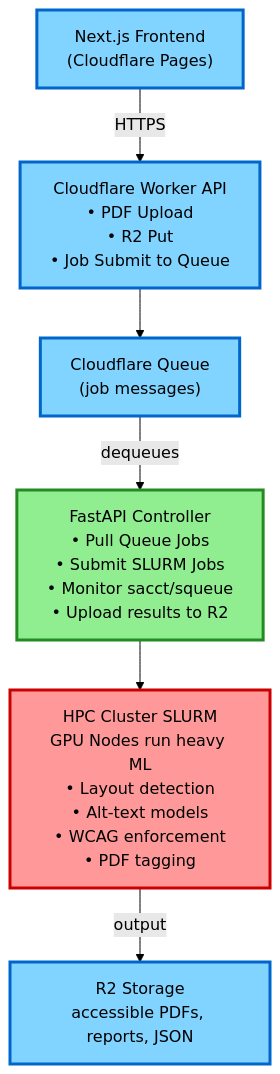
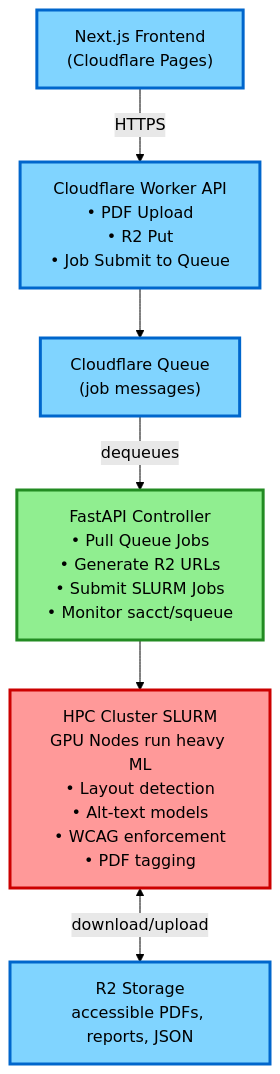
One commit to ucdavis/accessible-pdf-rocky changed the first of 2 diagrams in docs/ARCHITECTURE.md. Above: the diagram before and after it, drawn with Mermaid (forest theme). The commit also changed other lines of this file and 7 other files, not shown here.

First line of the commit message:
Changed: Revamps HPC job submission with R2 presigned URLs

````diff
--- a/docs/ARCHITECTURE.md
+++ b/docs/ARCHITECTURE.md
@@ -60,21 +60,21 @@
 ```mermaid
 flowchart TD
     Frontend["Next.js Frontend<br/>(Cloudflare Pages)"] -->|HTTPS| Workers
     
     Workers["Cloudflare Worker API<br/>• PDF Upload<br/>• R2 Put<br/>• Job Submit to Queue"] --> Queue
     
     Queue["Cloudflare Queue<br/>(job messages)"] -->|dequeues| Controller
     
-    Controller["FastAPI Controller<br/>• Pull Queue Jobs<br/>• Submit SLURM Jobs<br/>• Monitor sacct/squeue<br/>• Upload results to R2"] --> HPC
+    Controller["FastAPI Controller<br/>• Pull Queue Jobs<br/>• Generate R2 URLs<br/>• Submit SLURM Jobs<br/>• Monitor sacct/squeue"] --> HPC
     
-    HPC["HPC Cluster SLURM<br/>GPU Nodes run heavy ML<br/>• Layout detection<br/>• Alt-text models<br/>• WCAG enforcement<br/>• PDF tagging"] -->|output| R2
+    HPC["HPC Cluster SLURM<br/>GPU Nodes run heavy ML<br/>• Layout detection<br/>• Alt-text models<br/>• WCAG enforcement<br/>• PDF tagging"] <-->|download/upload| R2
     
     R2["R2 Storage<br/>accessible PDFs, reports, JSON"]
     
     style Frontend fill:#80d4ff,stroke:#0066cc,stroke-width:3px,color:#000
     style Workers fill:#80d4ff,stroke:#0066cc,stroke-width:3px,color:#000
     style Queue fill:#80d4ff,stroke:#0066cc,stroke-width:3px,color:#000
     style Controller fill:#90ee90,stroke:#228b22,stroke-width:3px,color:#000
     style HPC fill:#ff9999,stroke:#cc0000,stroke-width:3px,color:#000
     style R2 fill:#80d4ff,stroke:#0066cc,stroke-width:3px,color:#000
 ```
````
